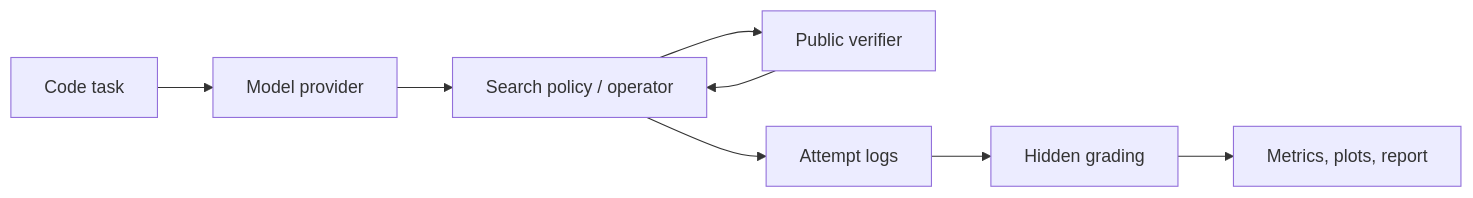
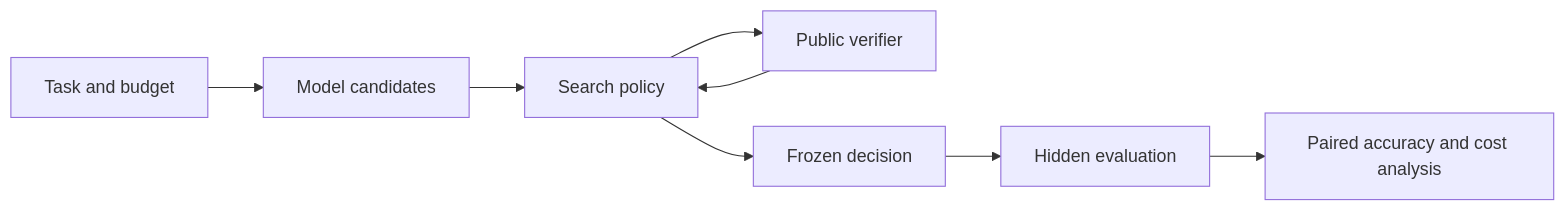
One commit to nicholaszhao-19/ttc-operatorbench changed the diagram in README.md. Above: the diagram before and after it, drawn with Mermaid. The commit also changed other lines of this file and 27 other files, not shown here.

````diff
--- a/README.md
+++ b/README.md
@@ -26,10 +29,10 @@
 ```mermaid
 flowchart LR
-    A["Code task"] --> B["Model provider"]
-    B --> C["Search policy / operator"]
+    A["Task and budget"] --> B["Model candidates"]
+    B --> C["Search policy"]
     C --> D["Public verifier"]
     D --> C
-    C --> E["Attempt logs"]
-    E --> F["Hidden grading"]
-    F --> G["Metrics, plots, report"]
+    C --> E["Frozen decision"]
+    E --> F["Hidden evaluation"]
+    F --> G["Paired accuracy and cost analysis"]
 ```
````
